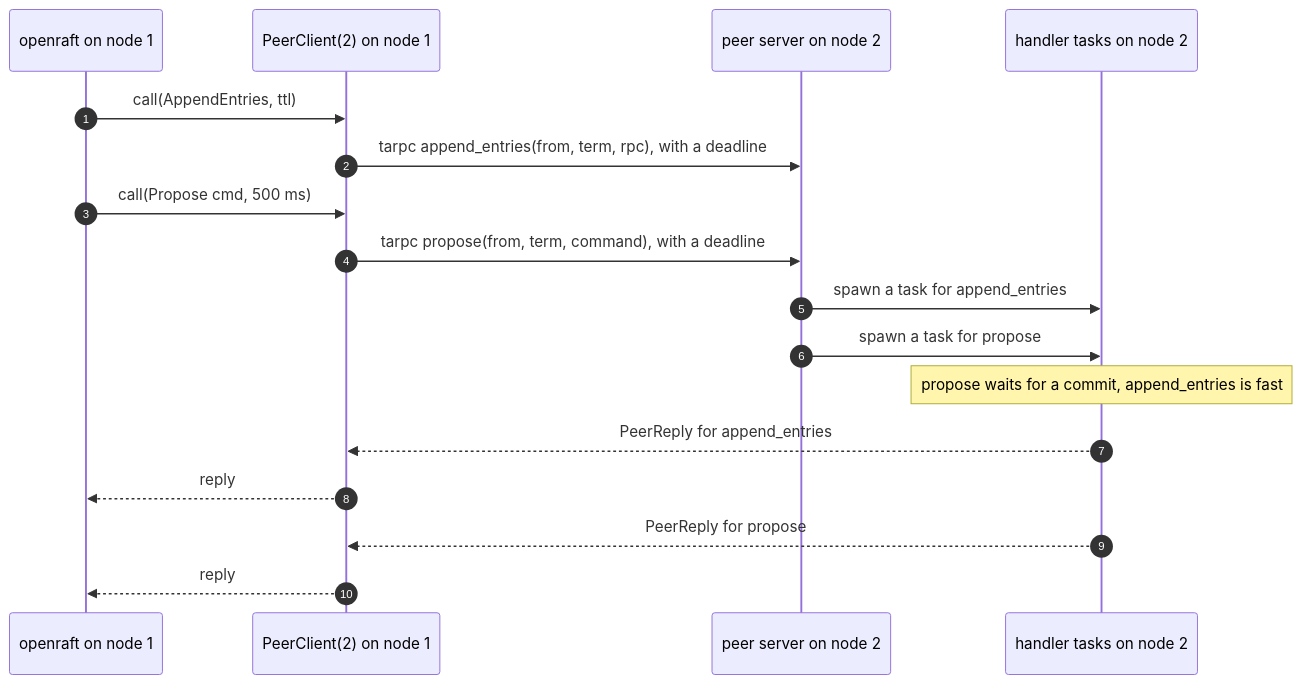
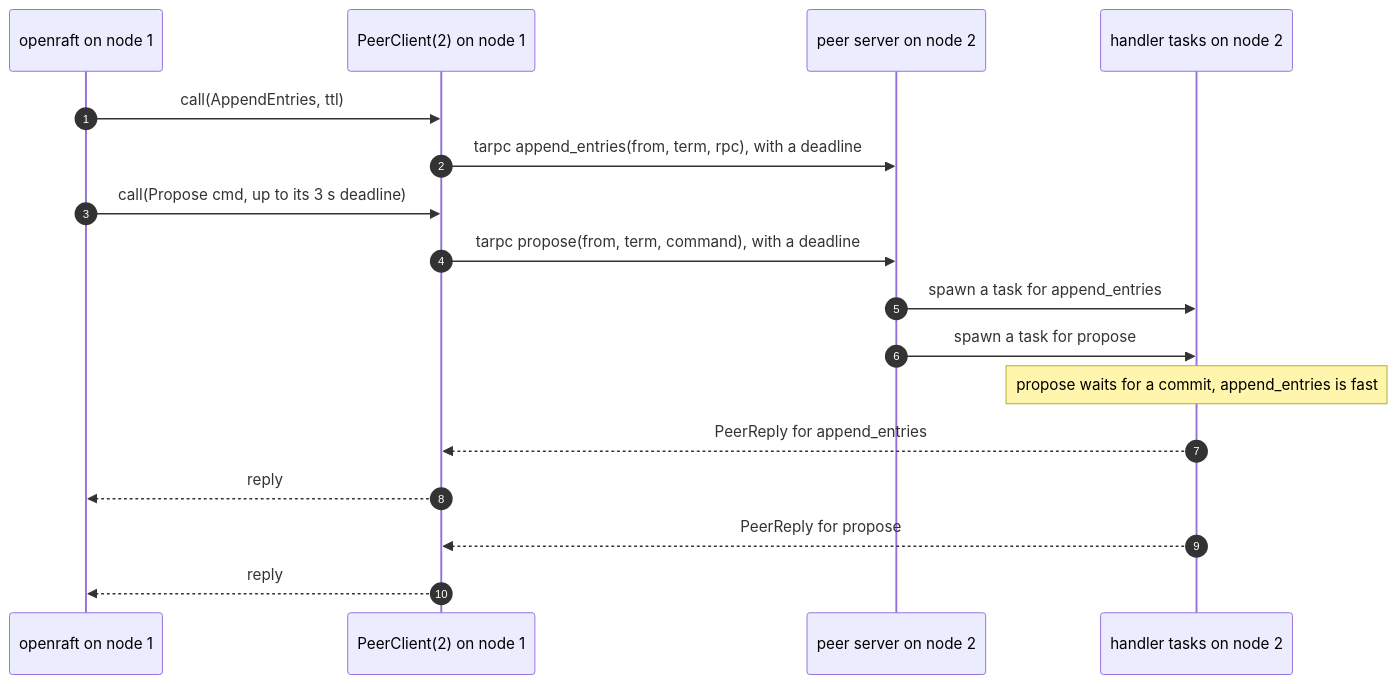
One commit to noortaytoy1/DistributedSystems changed the eighth of 43 diagrams in docs/architecture.md. Above: the diagram before and after it, drawn with Mermaid. The commit also changed other lines of this file and 7 other files, not shown here.

````diff
--- a/docs/architecture.md
+++ b/docs/architecture.md
@@ -331,19 +491,19 @@
 ```mermaid
 sequenceDiagram
     autonumber
     participant R as openraft on node 1
     participant PC as PeerClient(2) on node 1
     participant S as peer server on node 2
     participant H as handler tasks on node 2
     R->>PC: call(AppendEntries, ttl)
     PC->>S: tarpc append_entries(from, term, rpc), with a deadline
-    R->>PC: call(Propose cmd, 500 ms)
+    R->>PC: call(Propose cmd, up to its 3 s deadline)
     PC->>S: tarpc propose(from, term, command), with a deadline
     S->>H: spawn a task for append_entries
     S->>H: spawn a task for propose
     Note over H: propose waits for a commit, append_entries is fast
     H-->>PC: PeerReply for append_entries
     PC-->>R: reply
     H-->>PC: PeerReply for propose
     PC-->>R: reply
 ```
````
